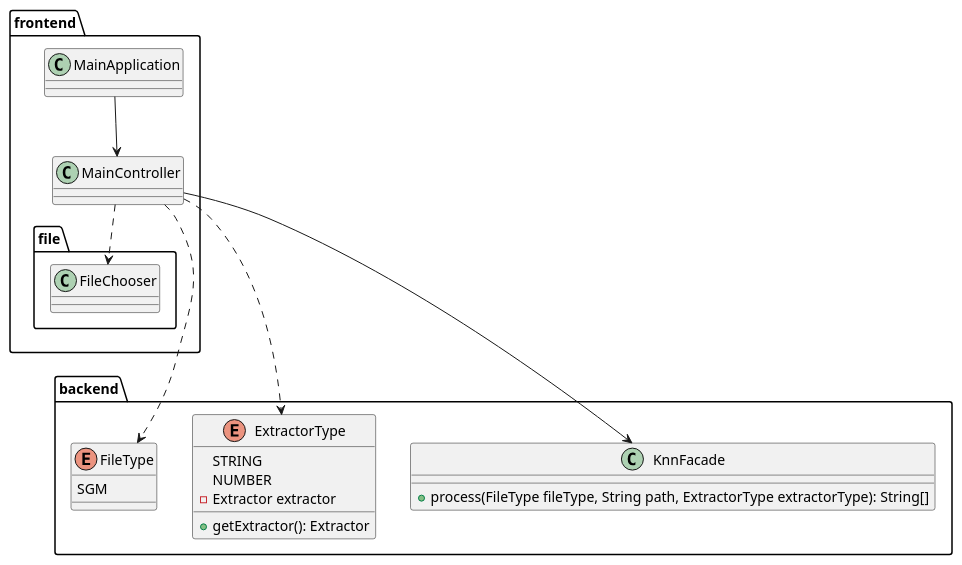
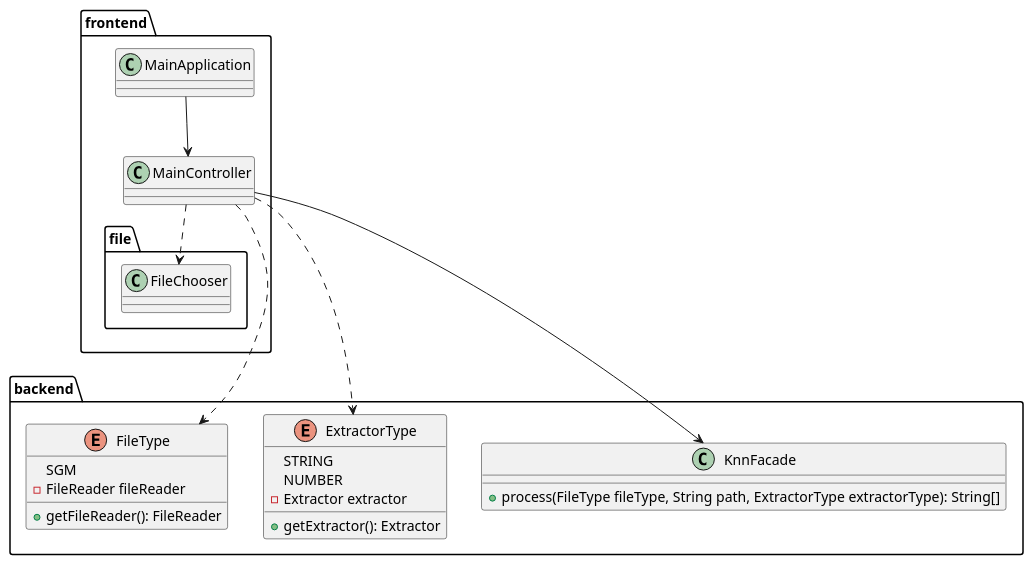
Before and after one commit to kambed/Computer-Recognition-Systems: the first of 2 diagrams in README.md, drawn with PlantUML. The commit also changed other lines of this file and 14 other files, not shown here.

````diff
--- a/README.md
+++ b/README.md
@@ -3,28 +3,30 @@
 ```plantuml
 package frontend {
     class MainApplication
     class MainController
     package file {
         class FileChooser
     }
     MainController ..> FileChooser
     MainApplication --> MainController
 }
 package backend {
     enum FileType {
         SGM
+        - FileReader fileReader
+        + getFileReader(): FileReader
     }
     enum ExtractorType {
         STRING
         NUMBER
         - Extractor extractor
         + getExtractor(): Extractor
     }
     class KnnFacade {
         + process(FileType fileType, String path, ExtractorType extractorType): String[]
     }
 }
 MainController ---> KnnFacade
 MainController ..> FileType
 MainController ..> ExtractorType
 ```
````
